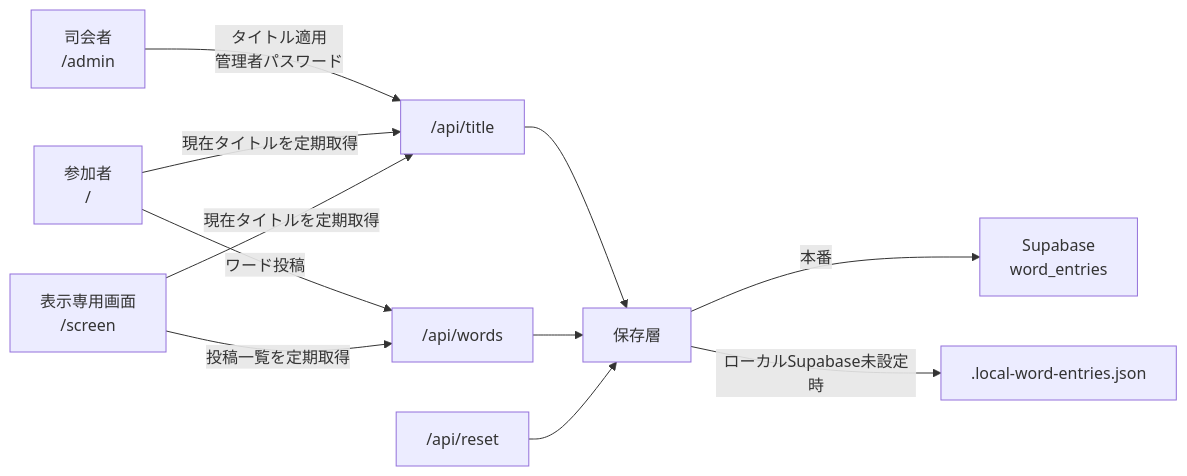
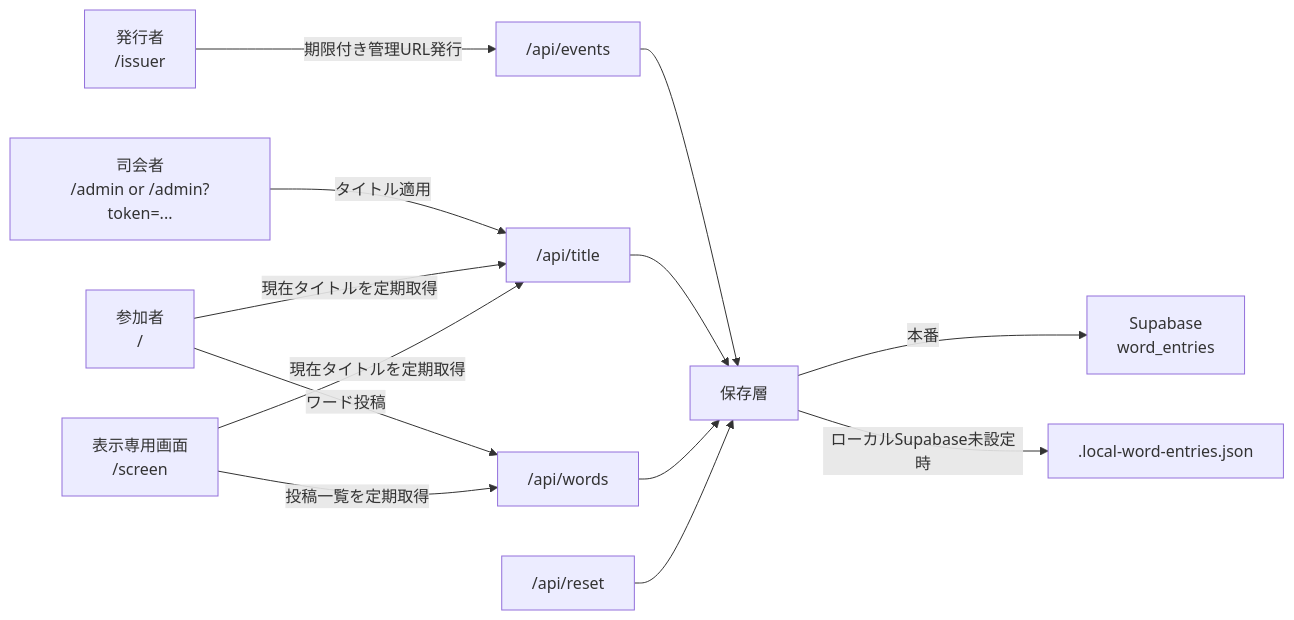
Before and after one commit to KDLYasuba/vercel-live-word-cloud: the first of 6 diagrams in SYSTEM_ARCHITECTURE.md, drawn with Mermaid. The commit also changed other lines of this file and 10 other files, not shown here.

````diff
--- a/SYSTEM_ARCHITECTURE.md
+++ b/SYSTEM_ARCHITECTURE.md
@@ -5,16 +5,18 @@
 ```mermaid
 flowchart LR
-  MC["司会者<br/>/admin"] -->|タイトル適用<br/>管理者パスワード| TitleAPI["/api/title"]
+  Issuer["発行者<br/>/issuer"] -->|期限付き管理URL発行| EventsAPI["/api/events"]
+  MC["司会者<br/>/admin or /admin?token=..."] -->|タイトル適用| TitleAPI["/api/title"]
   P["参加者<br/>/"] -->|ワード投稿| WordsAPI["/api/words"]
   S["表示専用画面<br/>/screen"] -->|投稿一覧を定期取得| WordsAPI
 
+  EventsAPI --> Store
   P -->|現在タイトルを定期取得| TitleAPI
   S -->|現在タイトルを定期取得| TitleAPI
 
   TitleAPI --> Store["保存層"]
   WordsAPI --> Store
   ResetAPI["/api/reset"] --> Store
 
   Store -->|本番| Supabase["Supabase<br/>word_entries"]
   Store -->|ローカルSupabase未設定時| LocalJson[".local-word-entries.json"]
 ```
````
